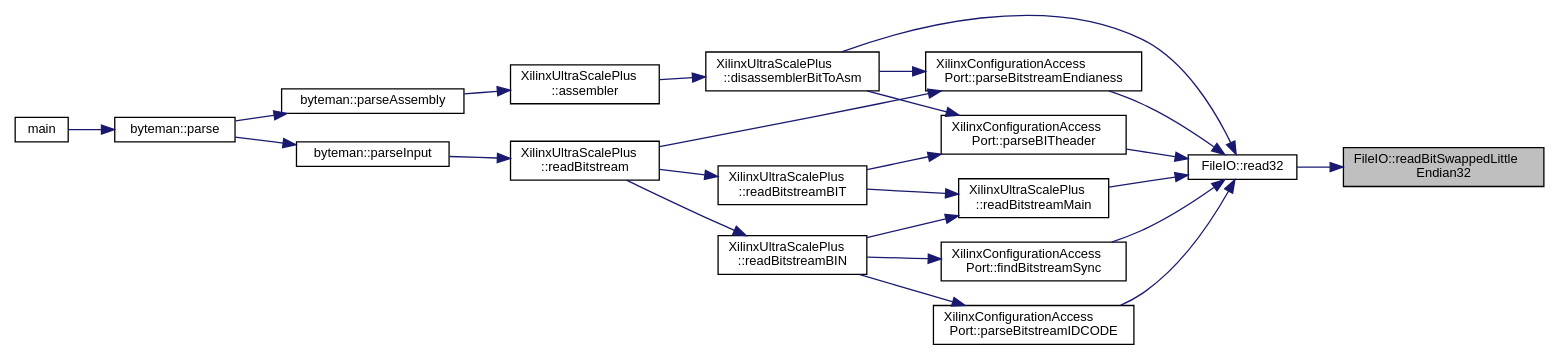
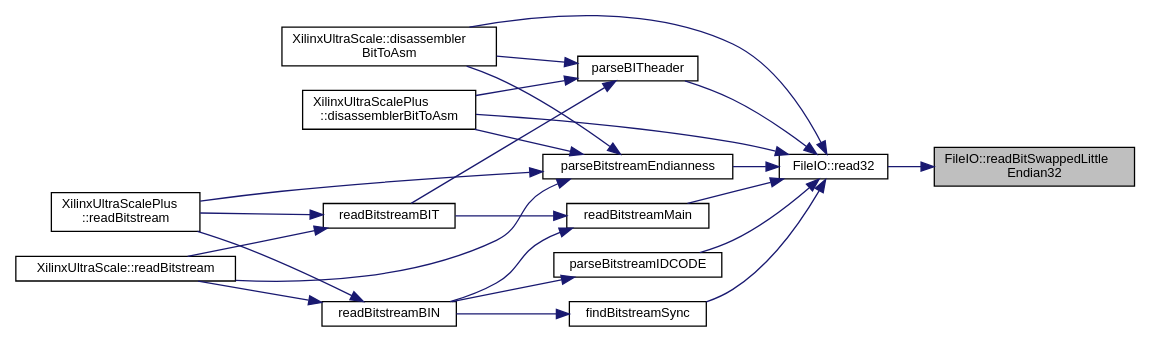
Before and after one commit to FPGA-Research-Manchester/byteman: the diagram in namespaceFileIO_a2fd6138a1888683dec937c2f97c24972_icgraph.dot, drawn with Graphviz. The commit also changed 2369 other files, not shown here.

```diff
--- a/namespaceFileIO_a2fd6138a1888683dec937c2f97c24972_icgraph.dot
+++ b/namespaceFileIO_a2fd6138a1888683dec937c2f97c24972_icgraph.dot
@@ -1,47 +1,44 @@
 digraph "FileIO::readBitSwappedLittleEndian32"
 {
  // INTERACTIVE_SVG=YES
  // LATEX_PDF_SIZE
   edge [fontname="Helvetica",fontsize="10",labelfontname="Helvetica",labelfontsize="10"];
   node [fontname="Helvetica",fontsize="10",shape=record];
   rankdir="RL";
   Node1 [label="FileIO::readBitSwappedLittle\lEndian32",height=0.2,width=0.4,color="black", fillcolor="grey75", style="filled", fontcolor="black",tooltip=" "];
   Node1 -> Node2 [dir="back",color="midnightblue",fontsize="10",style="solid",fontname="Helvetica"];
-  Node2 [label="FileIO::read32",height=0.2,width=0.4,color="black", fillcolor="white", style="filled",URL="$namespaceFileIO.html#a20ef39a2e52da1b679e3224ab5129cbc",tooltip=" "];
+  Node2 [label="FileIO::read32",height=0.2,width=0.4,color="black", fillcolor="white", style="filled",URL="$namespaceFileIO.html#aaccfcd823f22c4f98df1cb587fcd74e6",tooltip=" "];
   Node2 -> Node3 [dir="back",color="midnightblue",fontsize="10",style="solid",fontname="Helvetica"];
-  Node3 [label="XilinxUltraScalePlus\l::disassemblerBitToAsm",height=0.2,width=0.4,color="black", fillcolor="white", style="filled",URL="$classXilinxUltraScalePlus.html#a54f9af4b6723a99c0b9e8e9c9b424d00",tooltip=" "];
-  Node3 -> Node4 [dir="back",color="midnightblue",fontsize="10",style="solid",fontname="Helvetica"];
-  Node4 [label="XilinxUltraScalePlus\l::assembler",height=0.2,width=0.4,color="black", fillcolor="white", style="filled",URL="$classXilinxUltraScalePlus.html#a53e5f6ec962f1f2a961f90b8b9e90e10",tooltip=" "];
-  Node4 -> Node5 [dir="back",color="midnightblue",fontsize="10",style="solid",fontname="Helvetica"];
-  Node5 [label="byteman::parseAssembly",height=0.2,width=0.4,color="black", fillcolor="white", style="filled",URL="$classbyteman.html#a5e7f2e31d95626075a6ce22b54ecbbf8",tooltip=" "];
+  Node3 [label="XilinxUltraScale::disassembler\lBitToAsm",height=0.2,width=0.4,color="black", fillcolor="white", style="filled",URL="$classXilinxUltraScale.html#a1e74fd2f5f3122339373ac7e571c0743",tooltip=" "];
+  Node2 -> Node4 [dir="back",color="midnightblue",fontsize="10",style="solid",fontname="Helvetica"];
+  Node4 [label="XilinxUltraScalePlus\l::disassemblerBitToAsm",height=0.2,width=0.4,color="black", fillcolor="white", style="filled",URL="$classXilinxUltraScalePlus.html#a54f9af4b6723a99c0b9e8e9c9b424d00",tooltip=" "];
+  Node2 -> Node5 [dir="back",color="midnightblue",fontsize="10",style="solid",fontname="Helvetica"];
+  Node5 [label="findBitstreamSync",height=0.2,width=0.4,color="black", fillcolor="white", style="filled",URL="$XCAP__inline__Input_8h.html#a69607c16f8f44d041835c83ac73816d3",tooltip=" "];
   Node5 -> Node6 [dir="back",color="midnightblue",fontsize="10",style="solid",fontname="Helvetica"];
-  Node6 [label="byteman::parse",height=0.2,width=0.4,color="black", fillcolor="white", style="filled",URL="$classbyteman.html#a0ce0e992678e3f8b51cc5e01cea14ddb",tooltip=" "];
+  Node6 [label="readBitstreamBIN",height=0.2,width=0.4,color="black", fillcolor="white", style="filled",URL="$XCAP__inline__Input_8h.html#ada7d4f59a2b9aa44680a400d5bd37ec5",tooltip=" "];
   Node6 -> Node7 [dir="back",color="midnightblue",fontsize="10",style="solid",fontname="Helvetica"];
-  Node7 [label="main",height=0.2,width=0.4,color="black", fillcolor="white", style="filled",URL="$byteman_8cpp.html#a0ddf1224851353fc92bfbff6f499fa97",tooltip=" "];
-  Node2 -> Node8 [dir="back",color="midnightblue",fontsize="10",style="solid",fontname="Helvetica"];
-  Node8 [label="XilinxConfigurationAccess\lPort::findBitstreamSync",height=0.2,width=0.4,color="black", fillcolor="white", style="filled",URL="$classXilinxConfigurationAccessPort.html#a323afc347a31a87b314c8d8da952211a",tooltip=" "];
-  Node8 -> Node9 [dir="back",color="midnightblue",fontsize="10",style="solid",fontname="Helvetica"];
-  Node9 [label="XilinxUltraScalePlus\l::readBitstreamBIN",height=0.2,width=0.4,color="black", fillcolor="white", style="filled",URL="$classXilinxUltraScalePlus.html#ae197b2b5b423cd1be99409c70f51bc37",tooltip=" "];
+  Node7 [label="XilinxUltraScale::readBitstream",height=0.2,width=0.4,color="black", fillcolor="white", style="filled",URL="$classXilinxUltraScale.html#a8d9e8e7846e7af191060d73b21024d8a",tooltip=" "];
+  Node6 -> Node8 [dir="back",color="midnightblue",fontsize="10",style="solid",fontname="Helvetica"];
+  Node8 [label="XilinxUltraScalePlus\l::readBitstream",height=0.2,width=0.4,color="black", fillcolor="white", style="filled",URL="$classXilinxUltraScalePlus.html#a0e5d08a2e5c37a29a1a04d50b48739d2",tooltip=" "];
+  Node2 -> Node9 [dir="back",color="midnightblue",fontsize="10",style="solid",fontname="Helvetica"];
+  Node9 [label="parseBITheader",height=0.2,width=0.4,color="black", fillcolor="white", style="filled",URL="$XCAP__inline__Input_8h.html#ac0e8d10f67fbe4b89886a2f5be7c690c",tooltip=" "];
+  Node9 -> Node3 [dir="back",color="midnightblue",fontsize="10",style="solid",fontname="Helvetica"];
+  Node9 -> Node4 [dir="back",color="midnightblue",fontsize="10",style="solid",fontname="Helvetica"];
   Node9 -> Node10 [dir="back",color="midnightblue",fontsize="10",style="solid",fontname="Helvetica"];
-  Node10 [label="XilinxUltraScalePlus\l::readBitstream",height=0.2,width=0.4,color="black", fillcolor="white", style="filled",URL="$classXilinxUltraScalePlus.html#a0e5d08a2e5c37a29a1a04d50b48739d2",tooltip=" "];
-  Node10 -> Node11 [dir="back",color="midnightblue",fontsize="10",style="solid",fontname="Helvetica"];
-  Node11 [label="byteman::parseInput",height=0.2,width=0.4,color="black", fillcolor="white", style="filled",URL="$classbyteman.html#ac217ac1dbc512bf44a70b147c0ceff04",tooltip=" "];
-  Node11 -> Node6 [dir="back",color="midnightblue",fontsize="10",style="solid",fontname="Helvetica"];
+  Node10 [label="readBitstreamBIT",height=0.2,width=0.4,color="black", fillcolor="white", style="filled",URL="$XCAP__inline__Input_8h.html#a2015af67475241b52cb4fdd54ab6577e",tooltip=" "];
+  Node10 -> Node7 [dir="back",color="midnightblue",fontsize="10",style="solid",fontname="Helvetica"];
+  Node10 -> Node8 [dir="back",color="midnightblue",fontsize="10",style="solid",fontname="Helvetica"];
+  Node2 -> Node11 [dir="back",color="midnightblue",fontsize="10",style="solid",fontname="Helvetica"];
+  Node11 [label="parseBitstreamEndianness",height=0.2,width=0.4,color="black", fillcolor="white", style="filled",URL="$XCAP__inline__Input_8h.html#afecbc7d2f0175cd665f732ec0c5b93bf",tooltip=" "];
+  Node11 -> Node3 [dir="back",color="midnightblue",fontsize="10",style="solid",fontname="Helvetica"];
+  Node11 -> Node4 [dir="back",color="midnightblue",fontsize="10",style="solid",fontname="Helvetica"];
+  Node11 -> Node7 [dir="back",color="midnightblue",fontsize="10",style="solid",fontname="Helvetica"];
+  Node11 -> Node8 [dir="back",color="midnightblue",fontsize="10",style="solid",fontname="Helvetica"];
   Node2 -> Node12 [dir="back",color="midnightblue",fontsize="10",style="solid",fontname="Helvetica"];
-  Node12 [label="XilinxConfigurationAccess\lPort::parseBITheader",height=0.2,width=0.4,color="black", fillcolor="white", style="filled",URL="$classXilinxConfigurationAccessPort.html#a0eb1cd9757987010e6879268ae412b4e",tooltip=" "];
-  Node12 -> Node3 [dir="back",color="midnightblue",fontsize="10",style="solid",fontname="Helvetica"];
-  Node12 -> Node13 [dir="back",color="midnightblue",fontsize="10",style="solid",fontname="Helvetica"];
-  Node13 [label="XilinxUltraScalePlus\l::readBitstreamBIT",height=0.2,width=0.4,color="black", fillcolor="white", style="filled",URL="$classXilinxUltraScalePlus.html#a62dea738808396d7d520f26d8e5594d2",tooltip=" "];
+  Node12 [label="parseBitstreamIDCODE",height=0.2,width=0.4,color="black", fillcolor="white", style="filled",URL="$XCAP__inline__Input_8h.html#aaca4e37f11bf6f869a9f1296b5b0182a",tooltip=" "];
+  Node12 -> Node6 [dir="back",color="midnightblue",fontsize="10",style="solid",fontname="Helvetica"];
+  Node2 -> Node13 [dir="back",color="midnightblue",fontsize="10",style="solid",fontname="Helvetica"];
+  Node13 [label="readBitstreamMain",height=0.2,width=0.4,color="black", fillcolor="white", style="filled",URL="$XCAP__inline__Input_8h.html#a0487f8d718905360038fc67d9cfbe63c",tooltip=" "];
+  Node13 -> Node6 [dir="back",color="midnightblue",fontsize="10",style="solid",fontname="Helvetica"];
   Node13 -> Node10 [dir="back",color="midnightblue",fontsize="10",style="solid",fontname="Helvetica"];
-  Node2 -> Node14 [dir="back",color="midnightblue",fontsize="10",style="solid",fontname="Helvetica"];
-  Node14 [label="XilinxConfigurationAccess\lPort::parseBitstreamEndianess",height=0.2,width=0.4,color="black", fillcolor="white", style="filled",URL="$classXilinxConfigurationAccessPort.html#aa9ff2ea1e4257936ddeda62415f863c8",tooltip=" "];
-  Node14 -> Node3 [dir="back",color="midnightblue",fontsize="10",style="solid",fontname="Helvetica"];
-  Node14 -> Node10 [dir="back",color="midnightblue",fontsize="10",style="solid",fontname="Helvetica"];
-  Node2 -> Node15 [dir="back",color="midnightblue",fontsize="10",style="solid",fontname="Helvetica"];
-  Node15 [label="XilinxConfigurationAccess\lPort::parseBitstreamIDCODE",height=0.2,width=0.4,color="black", fillcolor="white", style="filled",URL="$classXilinxConfigurationAccessPort.html#aae992541580682b85f13ed867ef3adea",tooltip=" "];
-  Node15 -> Node9 [dir="back",color="midnightblue",fontsize="10",style="solid",fontname="Helvetica"];
-  Node2 -> Node16 [dir="back",color="midnightblue",fontsize="10",style="solid",fontname="Helvetica"];
-  Node16 [label="XilinxUltraScalePlus\l::readBitstreamMain",height=0.2,width=0.4,color="black", fillcolor="white", style="filled",URL="$classXilinxUltraScalePlus.html#ade1b1830c328d64beb957417ecc445b3",tooltip=" "];
-  Node16 -> Node9 [dir="back",color="midnightblue",fontsize="10",style="solid",fontname="Helvetica"];
-  Node16 -> Node13 [dir="back",color="midnightblue",fontsize="10",style="solid",fontname="Helvetica"];
 }
```
